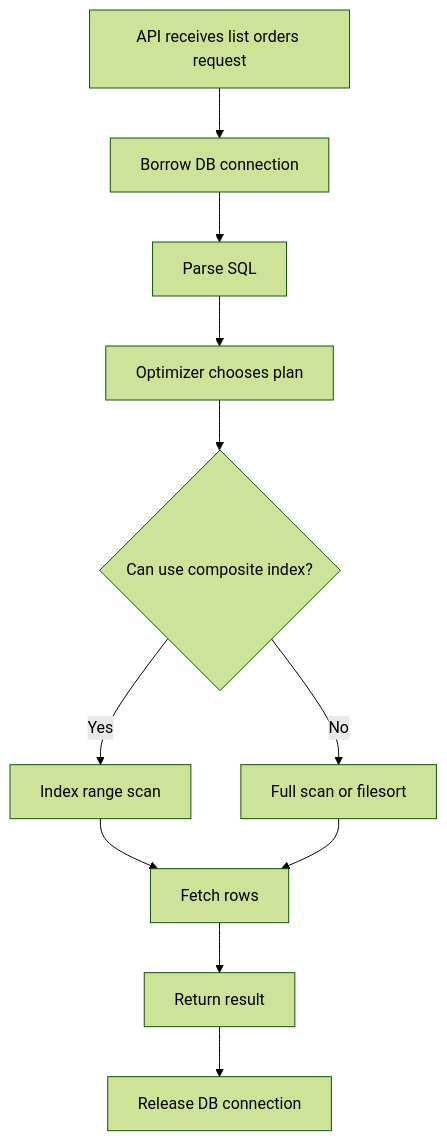
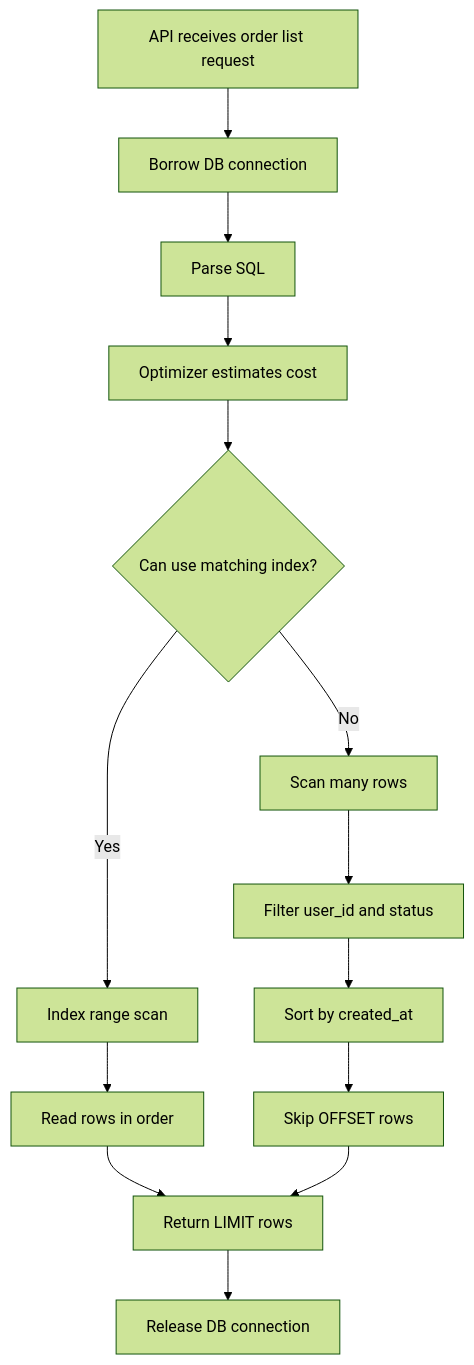
Before and after one commit to AmazingCaddy/readings-backend: the first of 4 diagrams in docs/database/index-and-slow-query.md, drawn with Mermaid (forest theme). The commit also changed other lines of this file, not shown here.

Commit message:
docs: expand index and slow query guide

````diff
--- a/docs/database/index-and-slow-query.md
+++ b/docs/database/index-and-slow-query.md
@@ -25,13 +51,16 @@
 ```mermaid
 flowchart TD
-    A[API receives list orders request] --> B[Borrow DB connection]
+    A[API receives order list request] --> B[Borrow DB connection]
     B --> C[Parse SQL]
-    C --> D[Optimizer chooses plan]
-    D --> E{Can use composite index?}
-    E -->|Yes| F[Index range scan]
-    E -->|No| G[Full scan or filesort]
-    F --> H[Fetch rows]
-    G --> H
-    H --> I[Return result]
-    I --> J[Release DB connection]
+    C --> D[Optimizer estimates cost]
+    D --> E{Can use matching index?}
+    E -->|No| F[Scan many rows]
+    F --> G[Filter user_id and status]
+    G --> H[Sort by created_at]
+    H --> I[Skip OFFSET rows]
+    E -->|Yes| J[Index range scan]
+    J --> K[Read rows in order]
+    K --> L[Return LIMIT rows]
+    I --> L
+    L --> M[Release DB connection]
 ```
````
